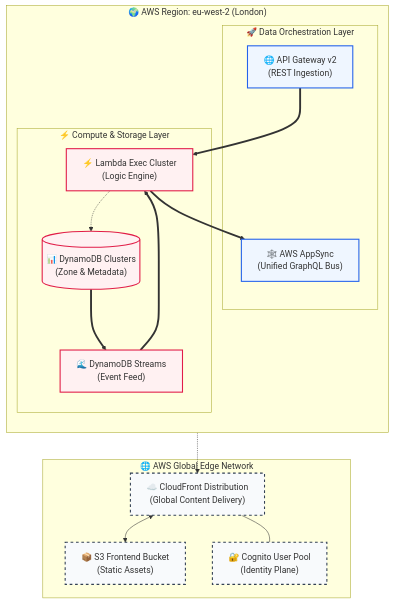
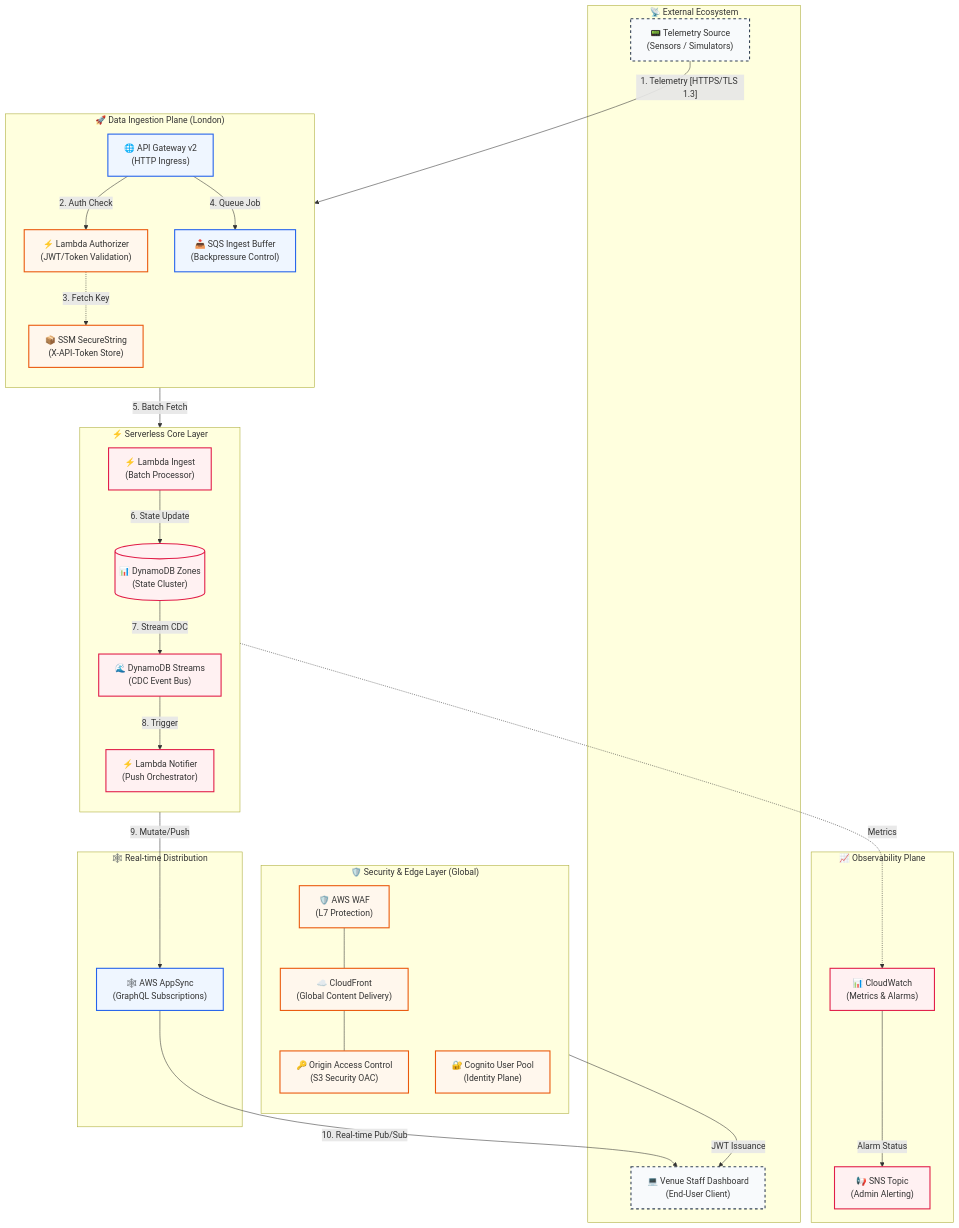
Before and after one commit to sakaroncloud/Crowd-Management: the diagram in README.md, drawn with Mermaid. The commit also changed other lines of this file and 7 other files, not shown here.

First line of the commit message:
feat: implement comprehensive architecture visualization and WAF security

````diff
--- a/README.md
+++ b/README.md
@@ -18,41 +18,76 @@
 ```mermaid
 flowchart TB
-    subgraph "🌐 AWS Global Edge Network"
-        CF["☁️ CloudFront Distribution<br/>(Global Content Delivery)"]
-        S3F["📦 S3 Frontend Bucket<br/>(Static Assets)"]
+    %% External Entities
+    subgraph "📡 External Ecosystem"
+        TS["📟 Telemetry Source<br/>(Sensors / Simulators)"]
+        ADMIN["💻 Venue Staff Dashboard<br/>(End-User Client)"]
+    end
+
+    %% Security & Edge Layer
+    subgraph "🛡️ Security & Edge Layer (Global)"
+        direction TB
+        WAF["🛡️ AWS WAF<br/>(L7 Protection)"]
+        CF["☁️ CloudFront<br/>(Global Content Delivery)"]
+        OAC["🔑 Origin Access Control<br/>(S3 Security OAC)"]
         COG["🔐 Cognito User Pool<br/>(Identity Plane)"]
     end
 
-    subgraph "🌍 AWS Region: eu-west-2 (London)"
+    %% Ingestion Ingress
+    subgraph "🚀 Data Ingestion Plane (London)"
         direction TB
-        subgraph "🚀 Data Orchestration Layer"
-            APIG["🌐 API Gateway v2<br/>(REST Ingestion)"]
-            AS["🕸️ AWS AppSync<br/>(Unified GraphQL Bus)"]
-        end
-
-        subgraph "⚡ Compute & Storage Layer"
-            WL["⚡ Lambda Exec Cluster<br/>(Logic Engine)"]
-            DDB[("📊 DynamoDB Clusters<br/>(Zone & Metadata)")]
-            DDB-S["🌊 DynamoDB Streams<br/>(Event Feed)"]
-        end
+        APIG["🌐 API Gateway v2<br/>(HTTP Ingress)"]
+        AUTH["⚡ Lambda Authorizer<br/>(JWT/Token Validation)"]
+        SSM["📦 SSM SecureString<br/>(X-API-Token Store)"]
+        SQS["📥 SQS Ingest Buffer<br/>(Backpressure Control)"]
     end
 
-    %% Connectivity
-    CF <--> S3F
-    CF --- COG
-    APIG ==> WL
-    WL -.-> DDB
-    DDB ==> DDB-S
-    DDB-S ==> WL
-    WL ==> AS
-    AS -.-> CF
+    %% Storage & Logic
+    subgraph "⚡ Serverless Core Layer"
+        direction TB
+        L-INGEST["⚡ Lambda Ingest<br/>(Batch Processor)"]
+        DDB[("📊 DynamoDB Zones<br/>(State Cluster)")]
+        STREAM["🌊 DynamoDB Streams<br/>(CDC Event Bus)"]
+        L-NOTIFY["⚡ Lambda Notifier<br/>(Push Orchestrator)"]
+    end
 
-    %% Styles
+    %% Unified GraphQL
+    subgraph "🕸️ Real-time Distribution"
+        AS["🕸️ AWS AppSync<br/>(GraphQL Subscriptions)"]
+    end
+
+    %% Monitoring
+    subgraph "📈 Observability Plane"
+        CW["📊 CloudWatch<br/>(Metrics & Alarms)"]
+        SNS["📢 SNS Topic<br/>(Admin Alerting)"]
+    end
+
+    %% Telemetry Path (Zero to End)
+    TS -- "1. Telemetry [HTTPS/TLS 1.3]" --> APIG
+    APIG -- "2. Auth Check" --> AUTH
+    AUTH -. "3. Fetch Key" .-> SSM
+    APIG -- "4. Queue Job" --> SQS
+    SQS -- "5. Batch Fetch" --> L-INGEST
+    L-INGEST -- "6. State Update" --> DDB
+    DDB -- "7. Stream CDC" --> STREAM
+    STREAM -- "8. Trigger" --> L-NOTIFY
+    L-NOTIFY -- "9. Mutate/Push" --> AS
+    AS -- "10. Real-time Pub/Sub" --> ADMIN
+
+    %% Security & Admin Connections
+    WAF --- CF
+    CF --- OAC
+    COG -- "JWT Issuance" --> ADMIN
+    L-INGEST -. "Metrics" .-> CW
+    CW -- "Alarm Status" --> SNS
+
+    %% Styling
     classDef edge fill:#f8fafc,stroke:#334155,stroke-width:2px,stroke-dasharray: 5 5;
     classDef regional fill:#eff6ff,stroke:#2563eb,stroke-width:2px;
     classDef compute fill:#fff1f2,stroke:#e11d48,stroke-width:2px;
+    classDef security fill:#fff7ed,stroke:#ea580c,stroke-width:2px;
     
-    class CF,S3F,COG edge;
-    class APIG,AS regional;
-    class WL,DDB,DDB-S compute;
+    class TS,ADMIN edge;
+    class WAF,CF,OAC,COG,AUTH,SSM security;
+    class APIG,SQS,AS regional;
+    class L-INGEST,L-NOTIFY,DDB,STREAM,CW,SNS compute;
 ```
````
